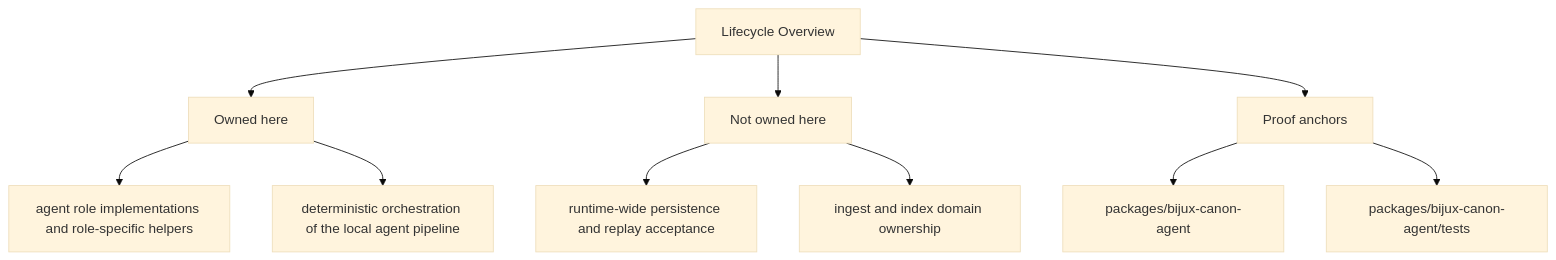
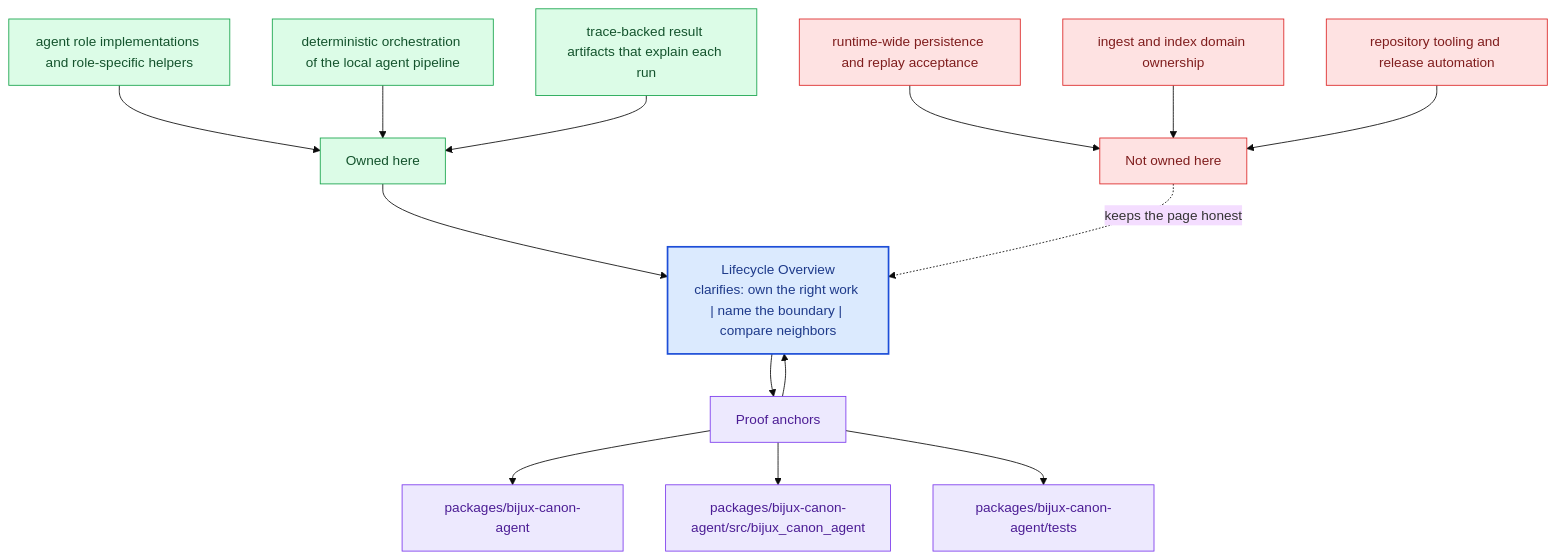
Before and after one commit to bijux/bijux-canon: the second of 2 diagrams in docs/bijux-canon-agent/foundation/lifecycle-overview.md, drawn with Mermaid (base theme). The commit also changed other lines of this file and 281 other files, not shown here.

Commit message:
docs(diagrams): deepen handbook mermaid maps across the catalog

````diff
--- a/docs/bijux-canon-agent/foundation/lifecycle-overview.md
+++ b/docs/bijux-canon-agent/foundation/lifecycle-overview.md
@@ -36,22 +69,40 @@
 ```mermaid
-flowchart TD
-    page["Lifecycle Overview"]
+flowchart TB
+    promise["Lifecycle Overview<br/>clarifies: own the right work | name the boundary | compare neighbors"]
+    classDef promise fill:#dbeafe,stroke:#1d4ed8,color:#1e3a8a,stroke-width:2px;
+    classDef driver fill:#dcfce7,stroke:#16a34a,color:#14532d;
+    classDef constraint fill:#fee2e2,stroke:#dc2626,color:#7f1d1d;
+    classDef ground fill:#ede9fe,stroke:#7c3aed,color:#4c1d95;
     focus1["Owned here"]
-    page --> focus1
+    focus1 --> promise
     focus1_1["agent role implementations and role-specific helpers"]
-    focus1 --> focus1_1
+    focus1_1 --> focus1
     focus1_2["deterministic orchestration of the local agent pipeline"]
-    focus1 --> focus1_2
+    focus1_2 --> focus1
+    focus1_3["trace-backed result artifacts that explain each run"]
+    focus1_3 --> focus1
+    class focus1 driver;
+    class focus1_1,focus1_2,focus1_3 driver;
     focus2["Not owned here"]
-    page --> focus2
+    focus2 -.keeps the page honest.-> promise
     focus2_1["runtime-wide persistence and replay acceptance"]
-    focus2 --> focus2_1
+    focus2_1 --> focus2
     focus2_2["ingest and index domain ownership"]
-    focus2 --> focus2_2
+    focus2_2 --> focus2
+    focus2_3["repository tooling and release automation"]
+    focus2_3 --> focus2
+    class focus2 constraint;
+    class focus2_1,focus2_2,focus2_3 constraint;
     focus3["Proof anchors"]
-    page --> focus3
+    focus3 --> promise
+    promise --> focus3
     focus3_1["packages/bijux-canon-agent"]
     focus3 --> focus3_1
-    focus3_2["packages/bijux-canon-agent/tests"]
+    focus3_2["packages/bijux-canon-agent/src/bijux_canon_agent"]
     focus3 --> focus3_2
+    focus3_3["packages/bijux-canon-agent/tests"]
+    focus3 --> focus3_3
+    class focus3 ground;
+    class focus3_1,focus3_2,focus3_3 ground;
+    class promise promise;
 ```
````
